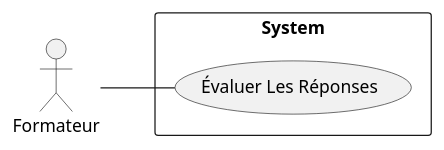
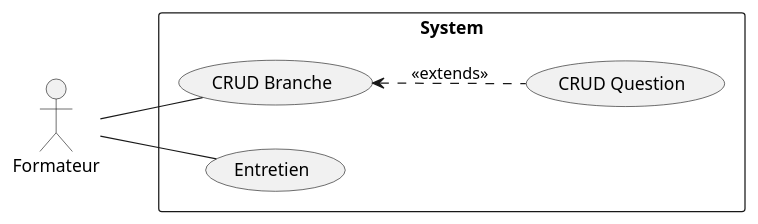
One commit to Suirita/14.UI_UX changed the diagram in Idéation/Sprint_2.pu. Above: the diagram before and after it, drawn with PlantUML. The commit also changed 19 other files, not shown here.

```diff
--- a/Idéation/Sprint_2.pu
+++ b/Idéation/Sprint_2.pu
@@ -1,8 +1,12 @@
 @startuml Sprint_2
 left to right direction
 actor "Formateur" as fr
 rectangle System {
-  usecase "Évaluer Les Réponses" as UC1
+  usecase "CRUD Branche" as UC1
+  usecase "CRUD Question" as UC2
+  usecase "Entretien" as UC3
 }
 fr -- UC1
+UC1 <.. UC2 : <<extends>>
+fr -- UC3
 @enduml
```
